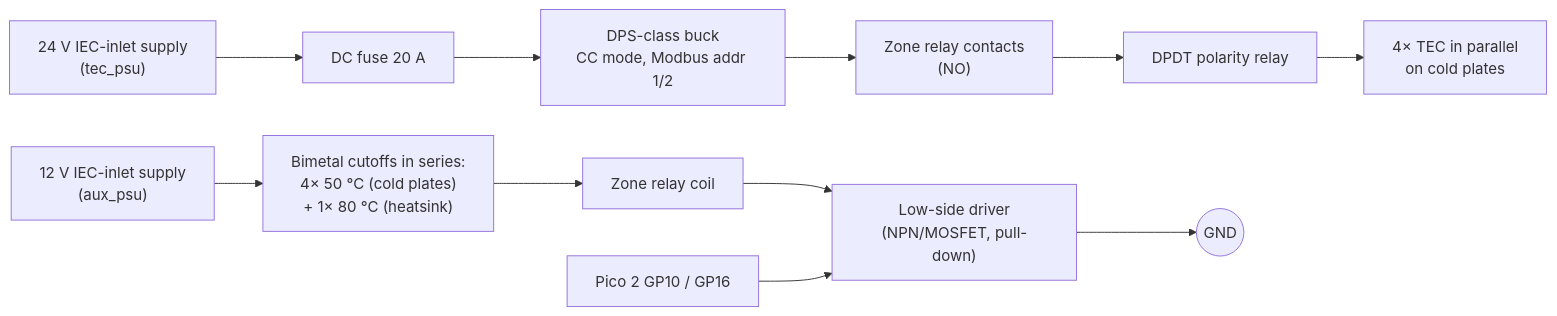
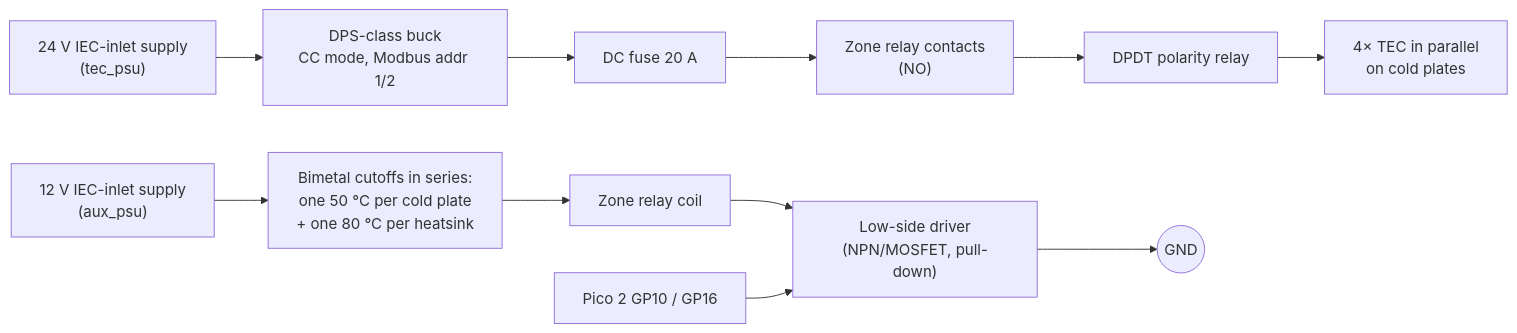
The diagram in hardware/WIRING.md (moinsen-dev/open-bed-climate), drawn with Mermaid before and after one commit. The commit also changed other lines of this file and 62 other files, not shown here.

````diff
--- a/hardware/WIRING.md
+++ b/hardware/WIRING.md
@@ -11,8 +11,8 @@
 ```mermaid
 flowchart LR
-  B24["24 V IEC-inlet supply<br/>(tec_psu)"] --> F["DC fuse 20 A"] --> DPS["DPS-class buck<br/>CC mode, Modbus addr 1/2"]
-  DPS --> ZR["Zone relay contacts<br/>(NO)"] --> PR["DPDT polarity relay"] --> TECS["4× TEC in parallel<br/>on cold plates"]
-  B12["12 V IEC-inlet supply<br/>(aux_psu)"] --> CUT["Bimetal cutoffs in series:<br/>4× 50 °C (cold plates)<br/>+ 1× 80 °C (heatsink)"] --> COIL["Zone relay coil"]
+  B24["24 V IEC-inlet supply<br/>(tec_psu)"] --> DPS["DPS-class buck<br/>CC mode, Modbus addr 1/2"]
+  DPS --> F["DC fuse 20 A"] --> ZR["Zone relay contacts<br/>(NO)"] --> PR["DPDT polarity relay"] --> TECS["4× TEC in parallel<br/>on cold plates"]
+  B12["12 V IEC-inlet supply<br/>(aux_psu)"] --> CUT["Bimetal cutoffs in series:<br/>one 50 °C per cold plate<br/>+ one 80 °C per heatsink"] --> COIL["Zone relay coil"]
   COIL --> DRV["Low-side driver<br/>(NPN/MOSFET, pull-down)"] --> GND((GND))
   PICO["Pico 2 GP10 / GP16"] --> DRV
 ```
````
